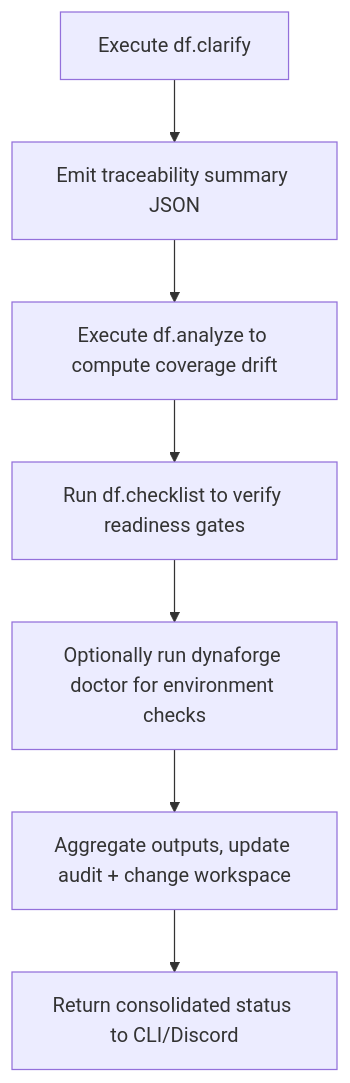
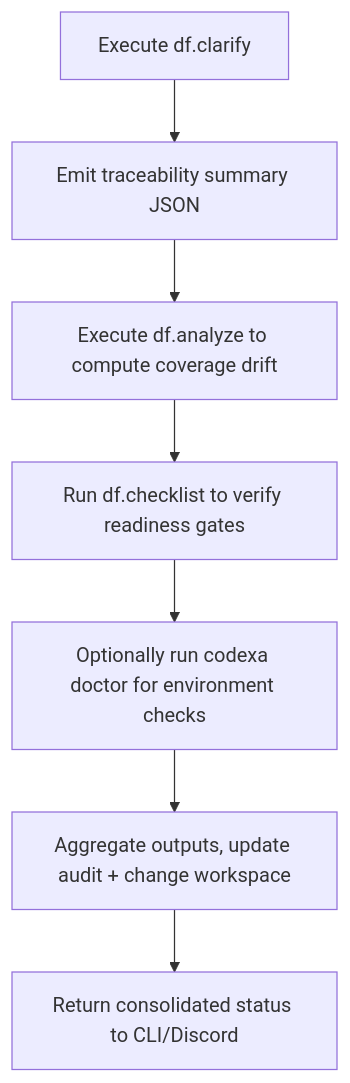
The diagram in docs/requirements/elaborations/FR-28_elaboration.md (christaylor98/dynaforge.ai), drawn with Mermaid before and after one commit. The commit also changed other lines of this file and 39 other files, not shown here.

````diff
--- a/docs/requirements/elaborations/FR-28_elaboration.md
+++ b/docs/requirements/elaborations/FR-28_elaboration.md
@@ -34,9 +34,9 @@
 ```mermaid
 flowchart TD
   A[Execute df.clarify] --> B[Emit traceability summary JSON]
   B --> C[Execute df.analyze to compute coverage drift]
   C --> D[Run df.checklist to verify readiness gates]
-  D --> E[Optionally run dynaforge doctor for environment checks]
+  D --> E[Optionally run codexa doctor for environment checks]
   E --> F[Aggregate outputs, update audit + change workspace]
   F --> G[Return consolidated status to CLI/Discord]
 ```
````
